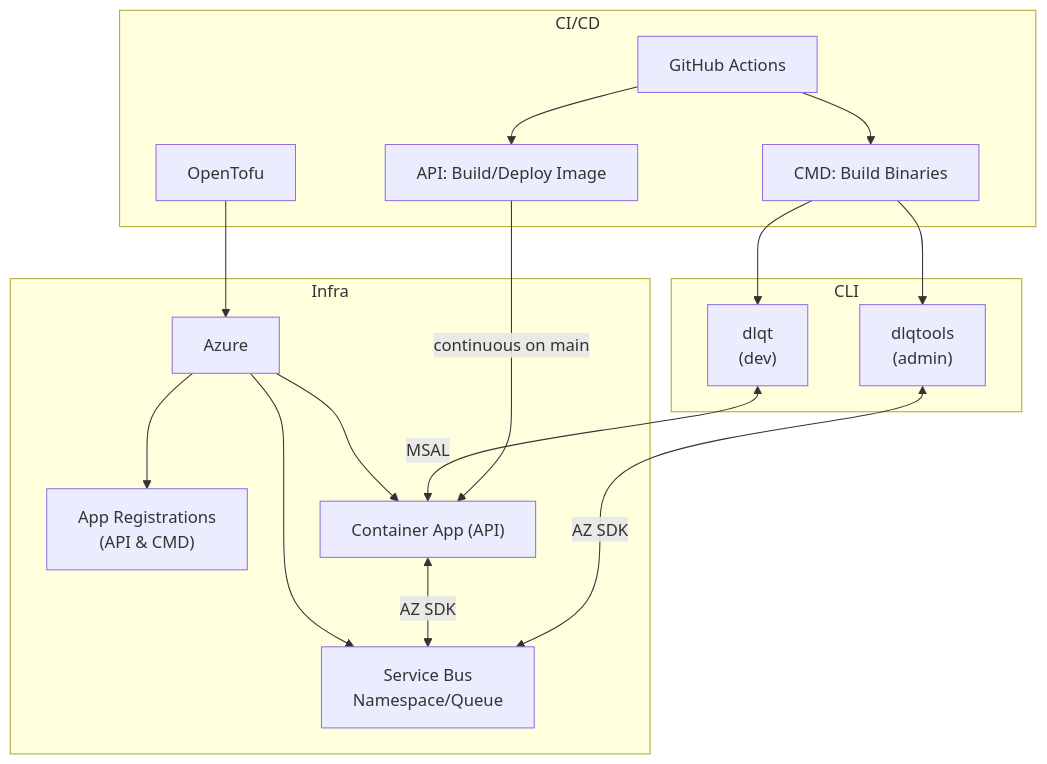
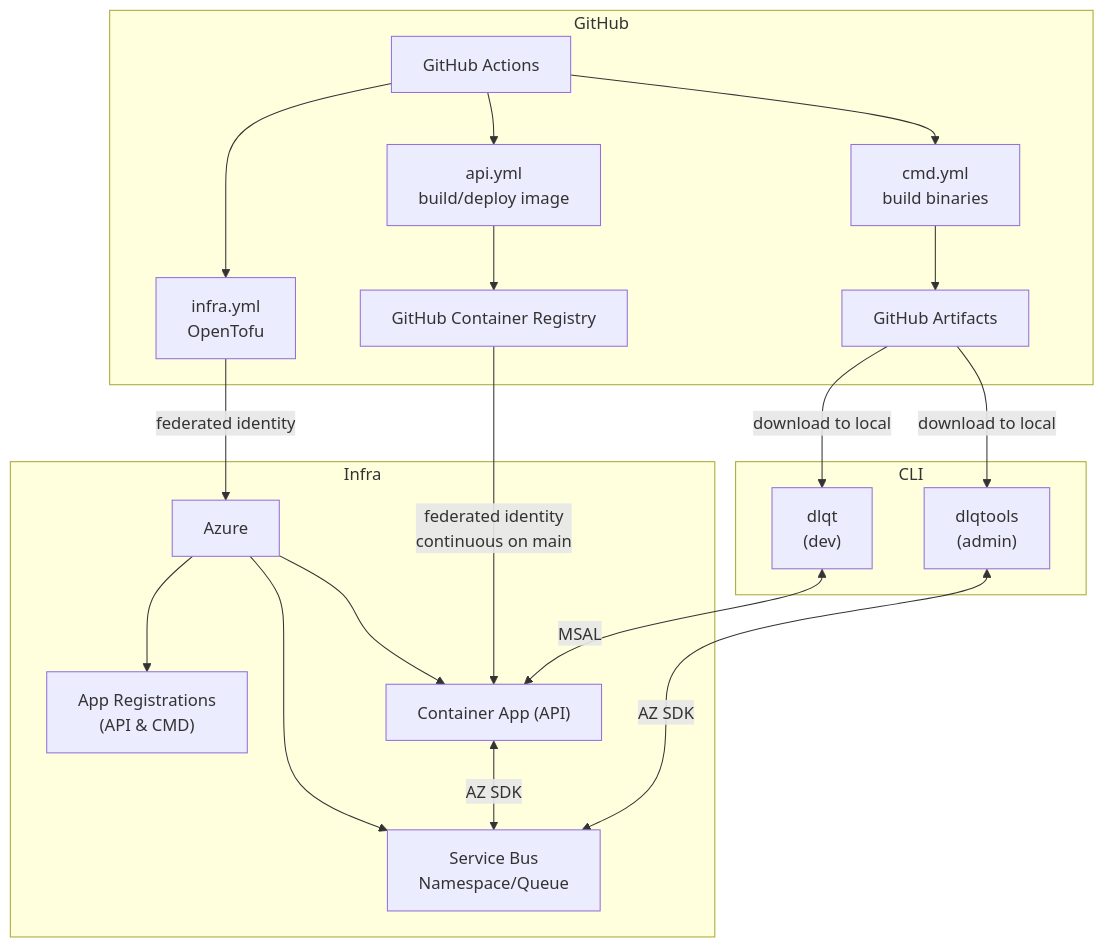
One commit to emerconn/dlqt changed the diagram in README.md. Above: the diagram before and after it, drawn with Mermaid.

Commit message:
update arch graph

````diff
--- a/README.md
+++ b/README.md
@@ -34,32 +34,38 @@
 ```mermaid
 graph TD
-    subgraph "CI/CD"
-        A["OpenTofu"]
-
+    subgraph "GitHub"
         C["GitHub Actions"]
-        C --> D["CMD: Build Binaries"]
-        C --> F["API: Build/Deploy Image"]
+        C --> A["infra.yml
+                OpenTofu"]
+        C --> D["cmd.yml
+                build binaries"]
+        C --> F["api.yml
+                build/deploy image"]
+        F --> L["GitHub Container Registry"]
+        D --> G["GitHub Artifacts"]
     end
 
     subgraph "Infra"
         B["Azure"]
         B --> B1["App Registrations
                   (API & CMD)"]
         B --> B2["Container App (API)"]
         B --> B3["Service Bus
                   Namespace/Queue"]
         B2 <-->|AZ SDK| B3
     end
 
+    L -->|federated identity
+          continuous on main| B2
+
     subgraph "CLI"
         H["dlqt
           (dev)"] <-->|MSAL| B2
         K["dlqtools
           (admin)"] <-->|AZ SDK| B3
     end
 
-    A --> B
-    F -->|continuous on main| B2
-    D --> H
-    D --> K
+    A -->|federated identity| B
+    G -->|download to local| H
+    G -->|download to local| K
 ```
````
